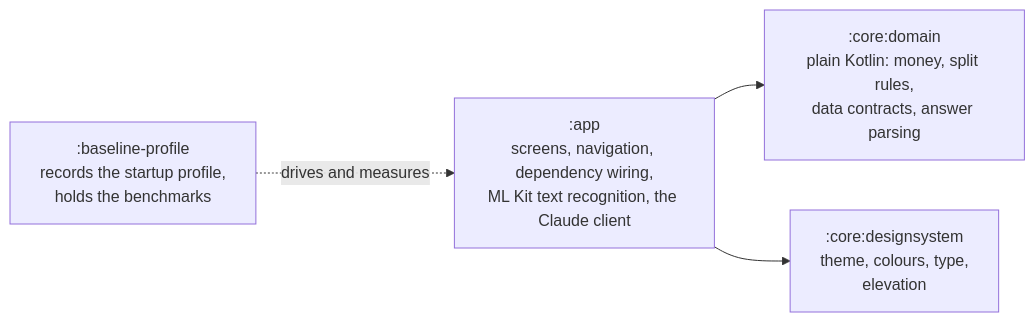
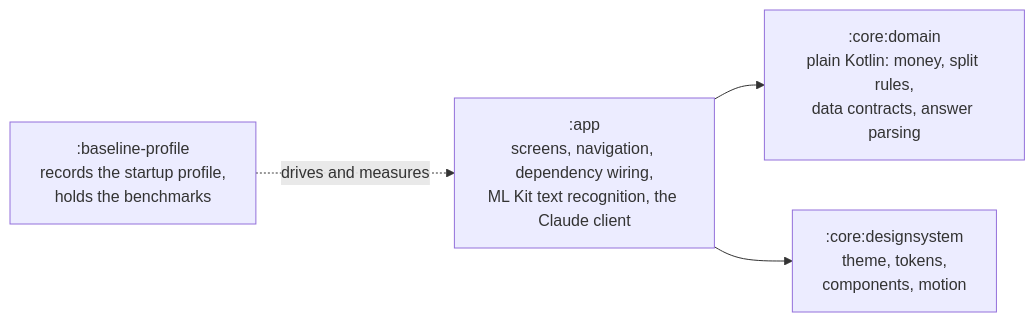
One commit to dantech0xff/split-bill-poc changed the first of 2 diagrams in docs/architecture.md. Above: the diagram before and after it, drawn with Mermaid. The commit also changed other lines of this file and 3 other files, not shown here.

````diff
--- a/docs/architecture.md
+++ b/docs/architecture.md
@@ -9,10 +9,10 @@
 ```mermaid
 flowchart LR
     app[":app<br/>screens, navigation, dependency wiring,<br/>ML Kit text recognition, the Claude client"]
     domain[":core:domain<br/>plain Kotlin: money, split rules,<br/>data contracts, answer parsing"]
-    design[":core:designsystem<br/>theme, colours, type,<br/>elevation"]
+    design[":core:designsystem<br/>theme, tokens,<br/>components, motion"]
     profile[":baseline-profile<br/>records the startup profile,<br/>holds the benchmarks"]
     app --> domain
     app --> design
     profile -. drives and measures .-> app
 ```
````
